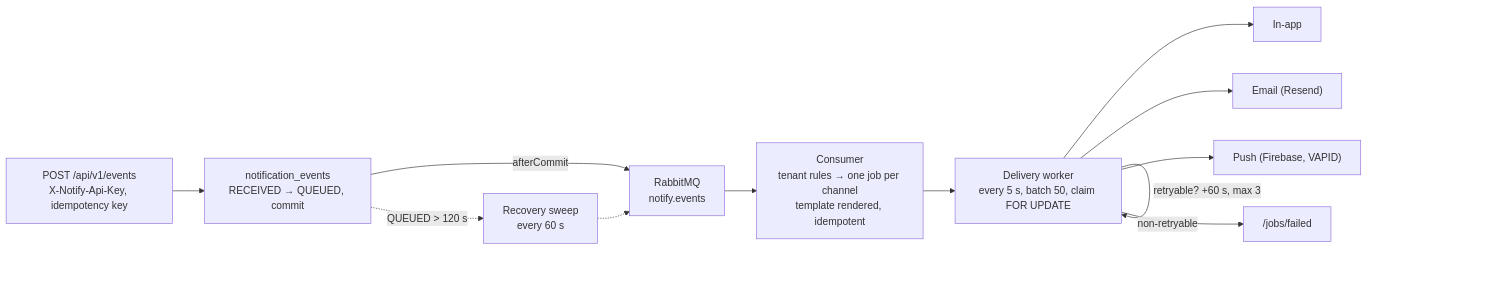
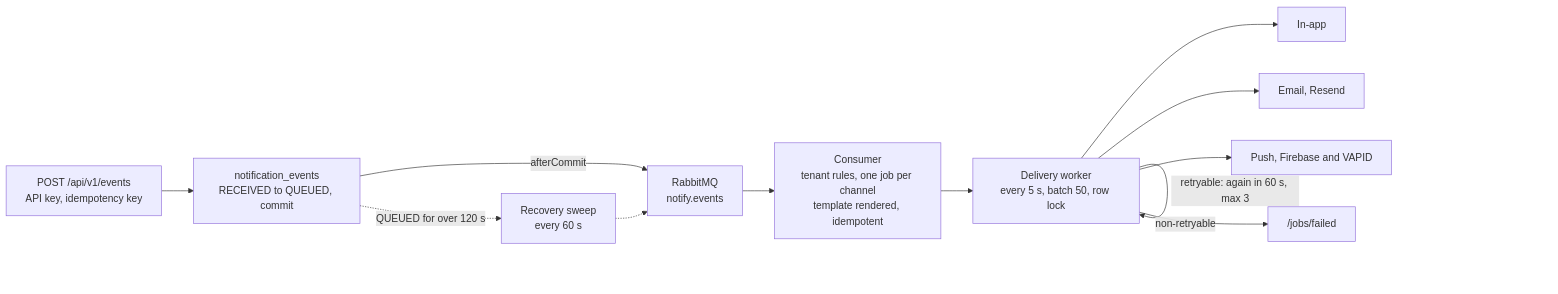
Before and after one commit to Satyam087/Satyam087: the diagram in README.md, drawn with Mermaid.

Commit message:
README: Mermaid diagram with plain labels so GitHub renders it

````diff
--- a/README.md
+++ b/README.md
@@ -38,13 +38,14 @@
 ```mermaid
 flowchart LR
-  A["POST /api/v1/events<br/>X-Notify-Api-Key, idempotency key"] --> B["notification_events<br/>RECEIVED → QUEUED, commit"]
+  A["POST /api/v1/events<br/>API key, idempotency key"] --> B["notification_events<br/>RECEIVED to QUEUED, commit"]
   B -- afterCommit --> C["RabbitMQ<br/>notify.events"]
-  B -. "QUEUED > 120 s" .-> S["Recovery sweep<br/>every 60 s"] -.-> C
-  C --> D["Consumer<br/>tenant rules → one job per channel<br/>template rendered, idempotent"]
-  D --> E["Delivery worker<br/>every 5 s, batch 50, claim FOR UPDATE"]
+  B -. "QUEUED for over 120 s" .-> S["Recovery sweep<br/>every 60 s"]
+  S -.-> C
+  C --> D["Consumer<br/>tenant rules, one job per channel<br/>template rendered, idempotent"]
+  D --> E["Delivery worker<br/>every 5 s, batch 50, row lock"]
   E --> F["In-app"]
-  E --> G["Email (Resend)"]
-  E --> H["Push (Firebase, VAPID)"]
-  E -- "retryable? +60 s, max 3" --> E
+  E --> G["Email, Resend"]
+  E --> H["Push, Firebase and VAPID"]
+  E -- "retryable: again in 60 s, max 3" --> E
   E -- "non-retryable" --> X["/jobs/failed"]
 ```
````
